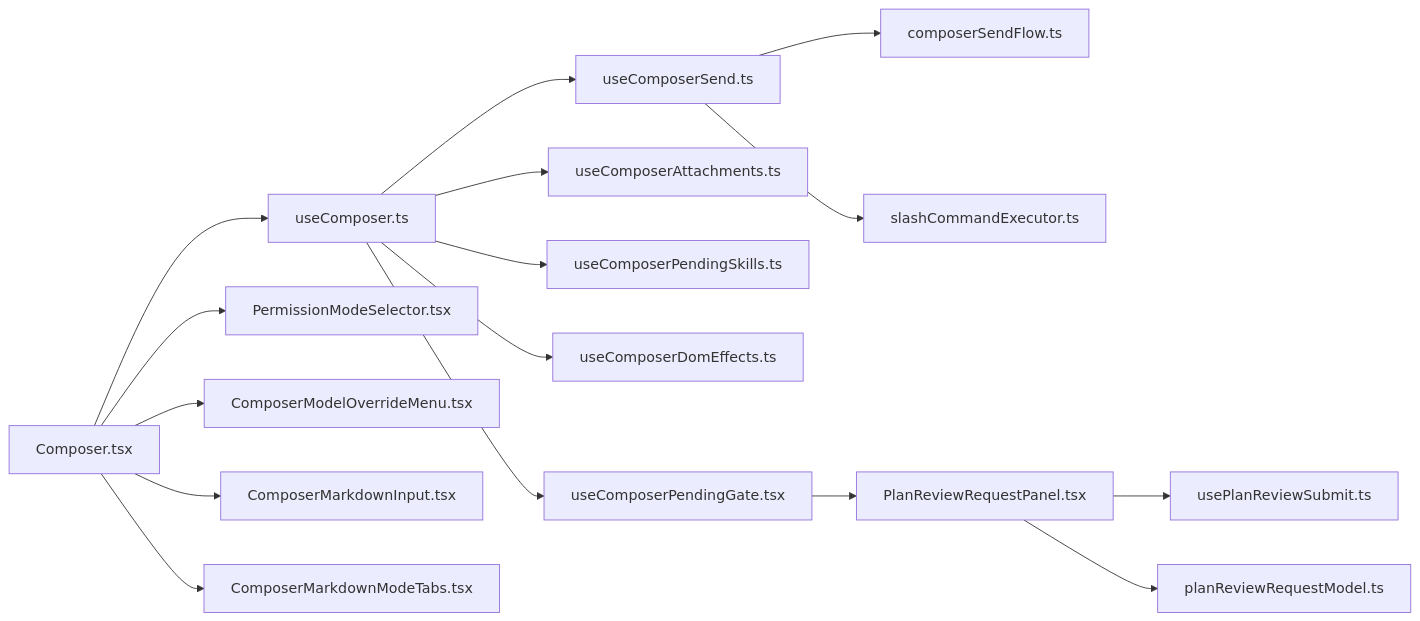
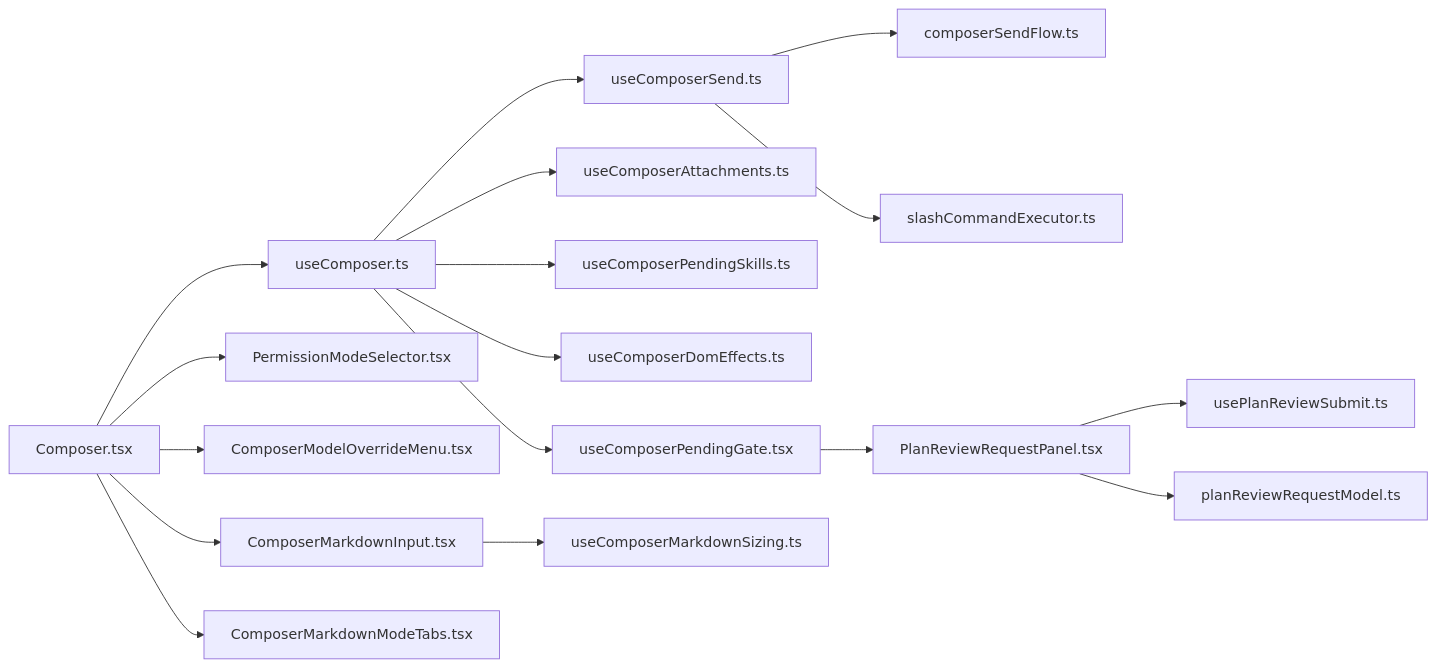
The fourth of 4 diagrams in .qoder/repowiki/zh/content/用户界面/对话编辑器/对话编辑器.md (haolange/RDC-Agent), drawn with Mermaid before and after one commit. The commit also changed other lines of this file and 80 other files, not shown here.

````diff
--- a/.qoder/repowiki/zh/content/用户界面/对话编辑器/对话编辑器.md
+++ b/.qoder/repowiki/zh/content/用户界面/对话编辑器/对话编辑器.md
@@ -330,18 +356,19 @@
 ```mermaid
 graph LR
 Composer["Composer.tsx"] --> UC["useComposer.ts"]
 UC --> US["useComposerSend.ts"]
 UC --> UA["useComposerAttachments.ts"]
 UC --> UPS["useComposerPendingSkills.ts"]
 US --> CSF["composerSendFlow.ts"]
 US --> SCE["slashCommandExecutor.ts"]
 Composer --> PM["PermissionModeSelector.tsx"]
 Composer --> MMO["ComposerModelOverrideMenu.tsx"]
 Composer --> MI["ComposerMarkdownInput.tsx"]
+MI --> MSI["useComposerMarkdownSizing.ts"]
 Composer --> MMT["ComposerMarkdownModeTabs.tsx"]
 UC --> UDE["useComposerDomEffects.ts"]
 UC --> UPG["useComposerPendingGate.tsx"]
 UPG --> PRP["PlanReviewRequestPanel.tsx"]
 PRP --> UPRS["usePlanReviewSubmit.ts"]
 PRP --> PRM["planReviewRequestModel.ts"]
 ```
````
